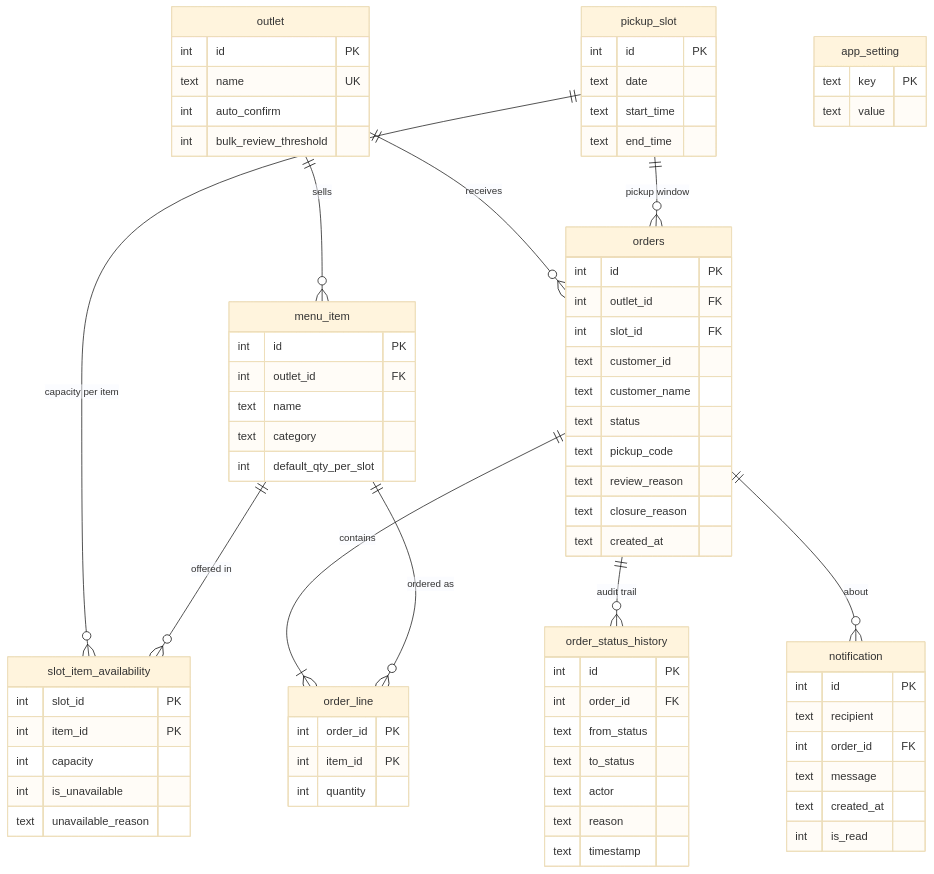
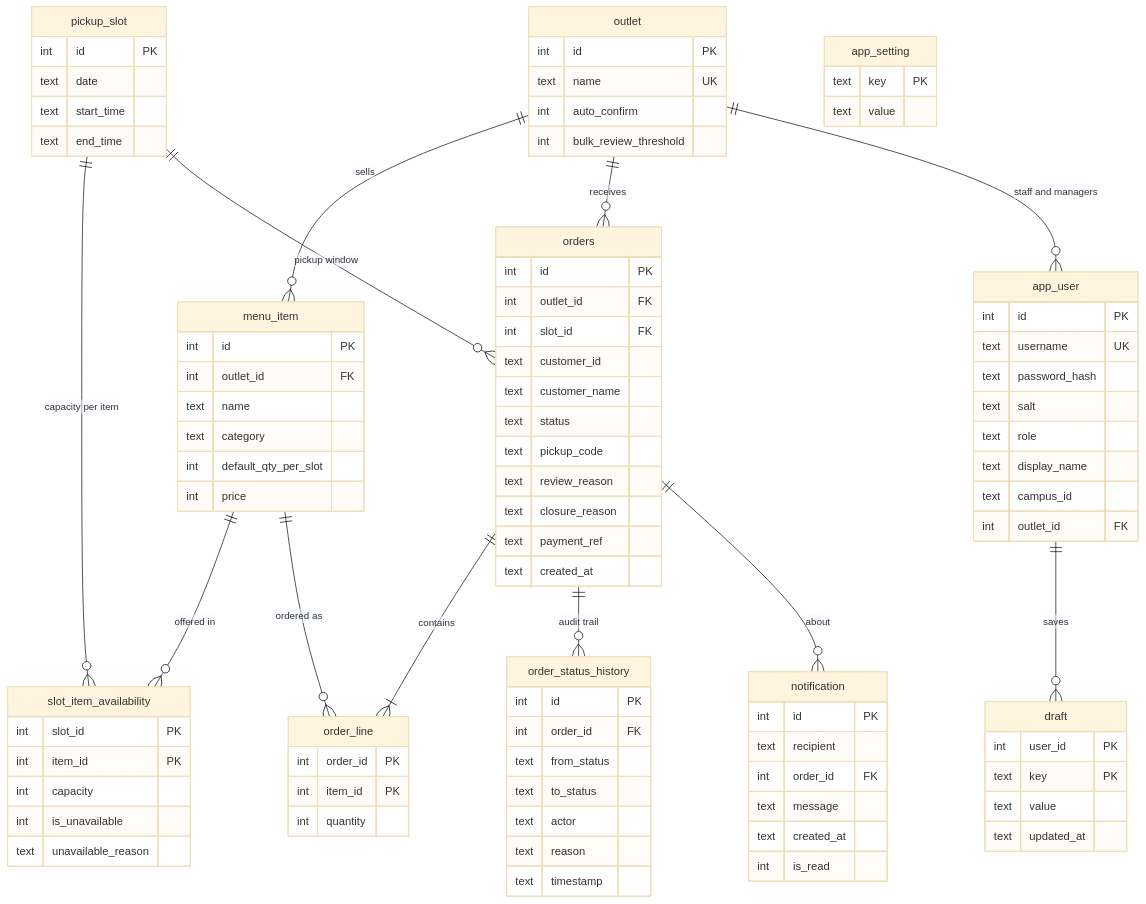
Before and after one commit to s1darthvader/microsoft_hackathon: the sixth of 6 diagrams in docs/requirements and design/architecture.md, drawn with Mermaid (base theme). The commit also changed other lines of this file and 44 other files, not shown here.

````diff
--- a/docs/requirements and design/architecture.md
+++ b/docs/requirements and design/architecture.md
@@ -229,6 +240,8 @@
     menu_item ||--o{ order_line : "ordered as"
     orders ||--o{ order_status_history : "audit trail"
     orders ||--o{ notification : "about"
+    outlet ||--o{ app_user : "staff and managers"
+    app_user ||--o{ draft : "saves"
 
     outlet {
         int id PK
@@ -242,6 +255,7 @@
         text name
         text category
         int default_qty_per_slot
+        int price
     }
     pickup_slot {
         int id PK
@@ -266,6 +280,7 @@
         text pickup_code
         text review_reason
         text closure_reason
+        text payment_ref
         text created_at
     }
     order_line {
@@ -294,4 +309,20 @@
         text key PK
         text value
     }
+    app_user {
+        int id PK
+        text username UK
+        text password_hash
+        text salt
+        text role
+        text display_name
+        text campus_id
+        int outlet_id FK
+    }
+    draft {
+        int user_id PK
+        text key PK
+        text value
+        text updated_at
+    }
 ```
````
